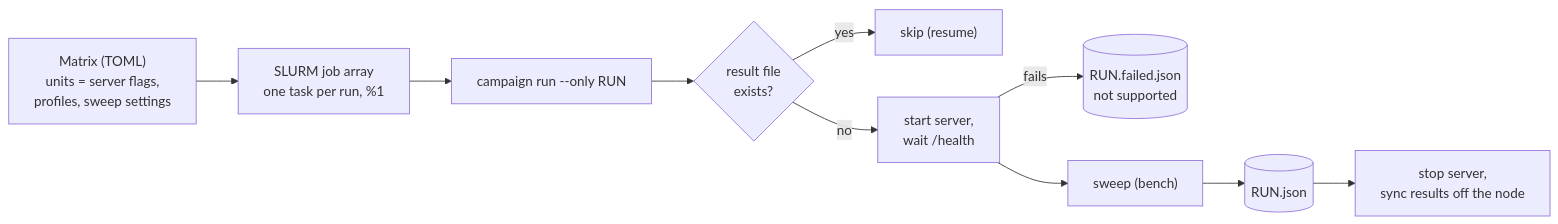
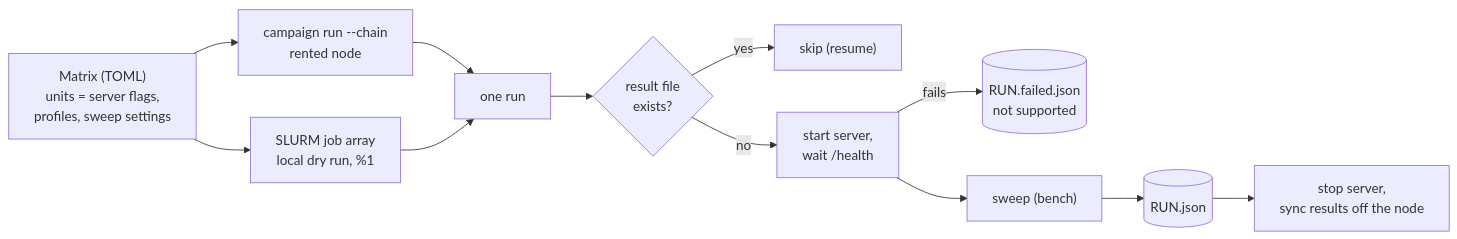
One commit to gabrielkpo/hpc-inference-sizing changed the diagram in docs/CAMPAIGN.md. Above: the diagram before and after it, drawn with Mermaid. The commit also changed other lines of this file and 8 other files, not shown here.

````diff
--- a/docs/CAMPAIGN.md
+++ b/docs/CAMPAIGN.md
@@ -7,12 +8,14 @@
 ```mermaid
 flowchart LR
-    M["Matrix (TOML)<br/>units = server flags,<br/>profiles, sweep settings"] --> A["SLURM job array<br/>one task per run, %1"]
-    A --> R["campaign run --only RUN"]
+    M["Matrix (TOML)<br/>units = server flags,<br/>profiles, sweep settings"] --> C["campaign run --chain<br/>rented node"]
+    M --> A["SLURM job array<br/>local dry run, %1"]
+    C --> R["one run"]
+    A --> R
     R --> S{"result file<br/>exists?"}
     S -->|yes| X["skip (resume)"]
     S -->|no| U["start server,<br/>wait /health"]
     U -->|fails| F[("RUN.failed.json<br/>not supported")]
     U --> B["sweep (bench)"]
     B --> W[("RUN.json")]
     W --> Y["stop server,<br/>sync results off the node"]
 ```
````
